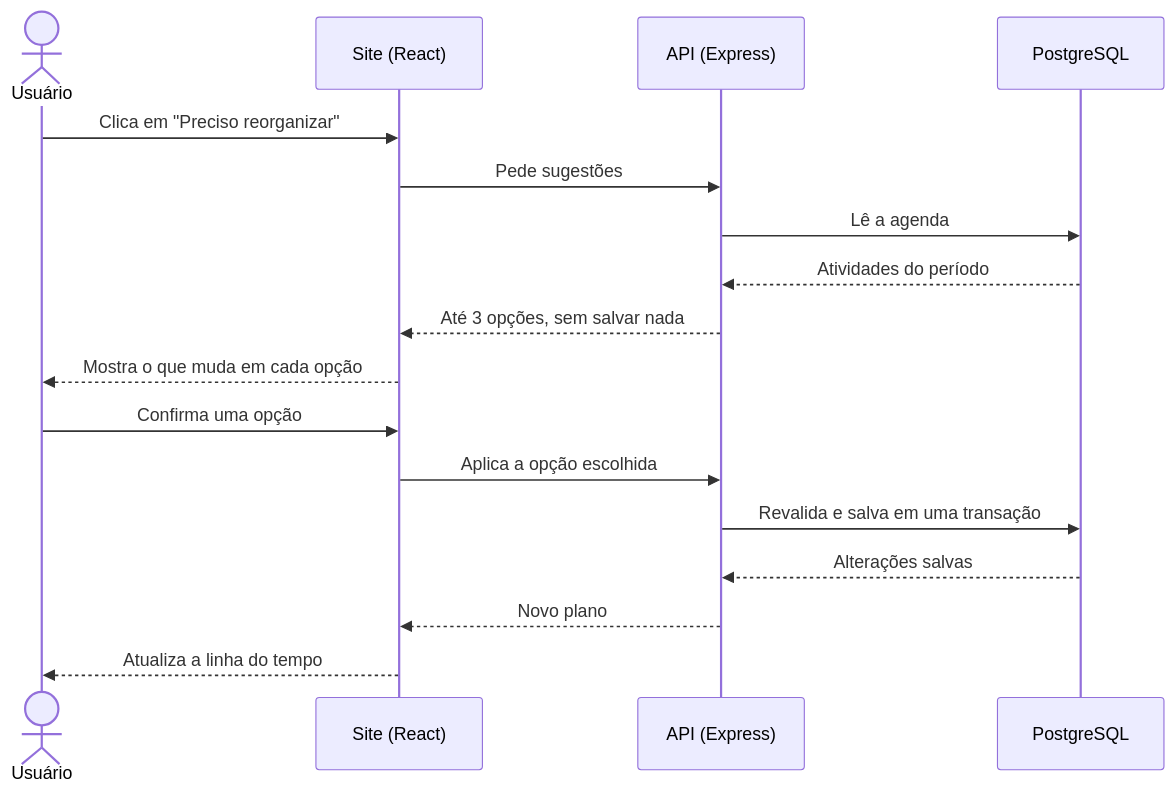
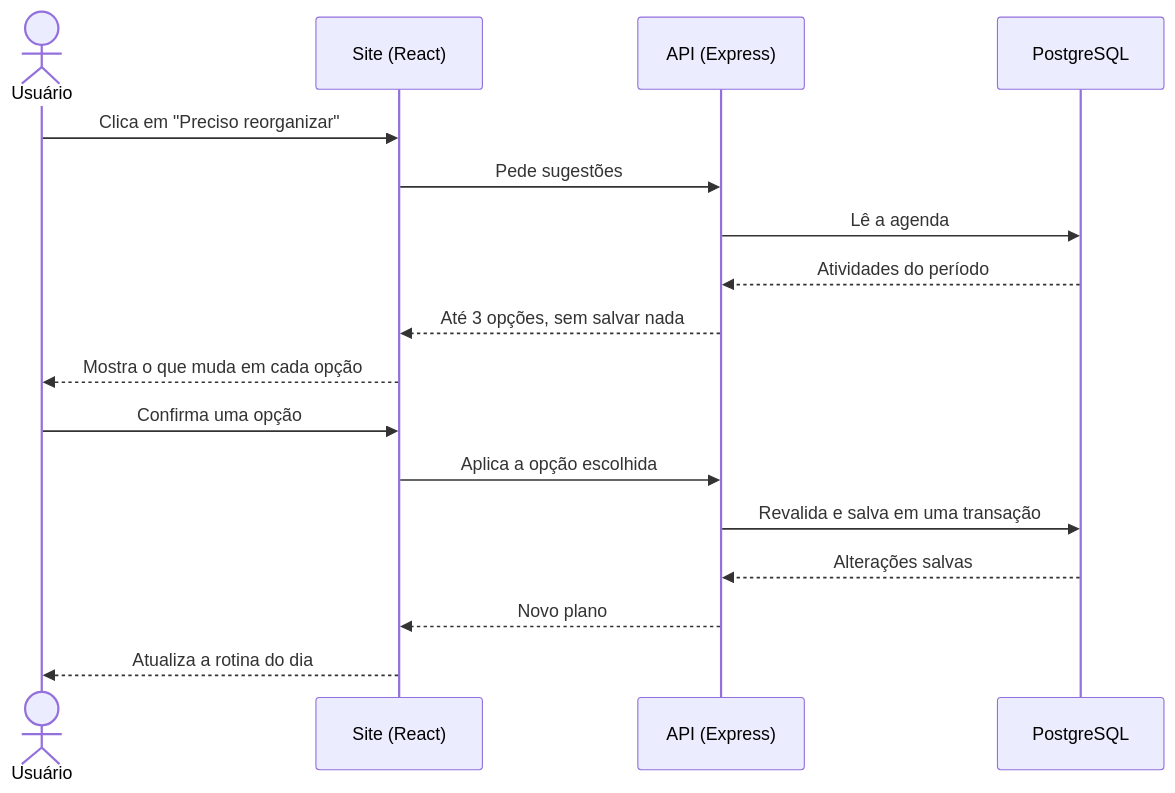
One commit to kaua698/plannio changed the first of 2 diagrams in README.md. Above: the diagram before and after it, drawn with Mermaid. The commit also changed other lines of this file, not shown here.

Commit message:
docs: atualiza o Plannio para rotina hora por hora

````diff
--- a/README.md
+++ b/README.md
@@ -153,19 +160,19 @@
 ```mermaid
 sequenceDiagram
     actor U as Usuário
     participant W as Site (React)
     participant A as API (Express)
     participant D as PostgreSQL
     U->>W: Clica em "Preciso reorganizar"
     W->>A: Pede sugestões
     A->>D: Lê a agenda
     D-->>A: Atividades do período
     A-->>W: Até 3 opções, sem salvar nada
     W-->>U: Mostra o que muda em cada opção
     U->>W: Confirma uma opção
     W->>A: Aplica a opção escolhida
     A->>D: Revalida e salva em uma transação
     D-->>A: Alterações salvas
     A-->>W: Novo plano
-    W-->>U: Atualiza a linha do tempo
+    W-->>U: Atualiza a rotina do dia
 ```
````
